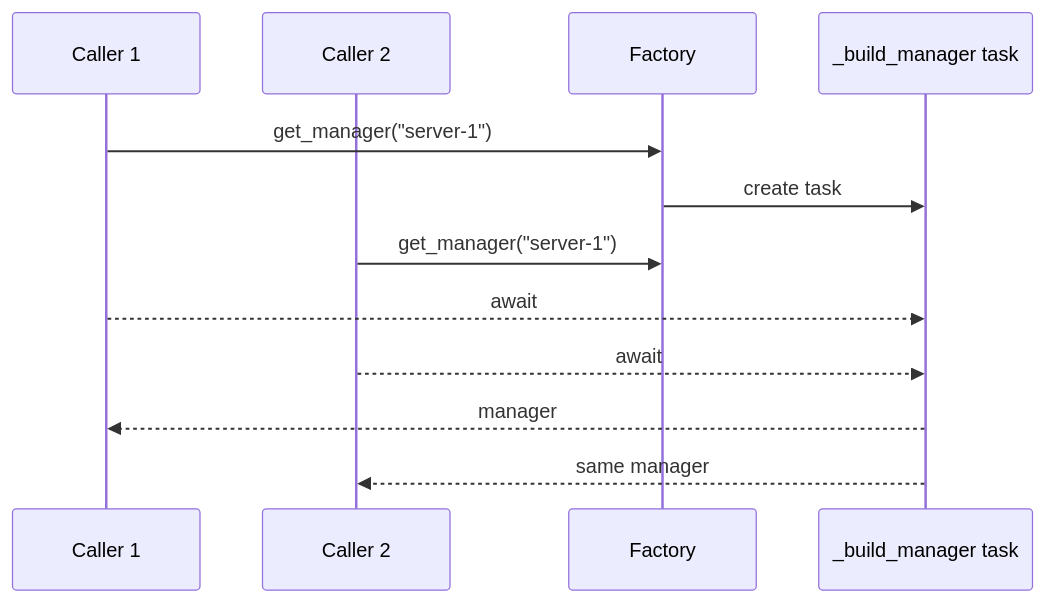
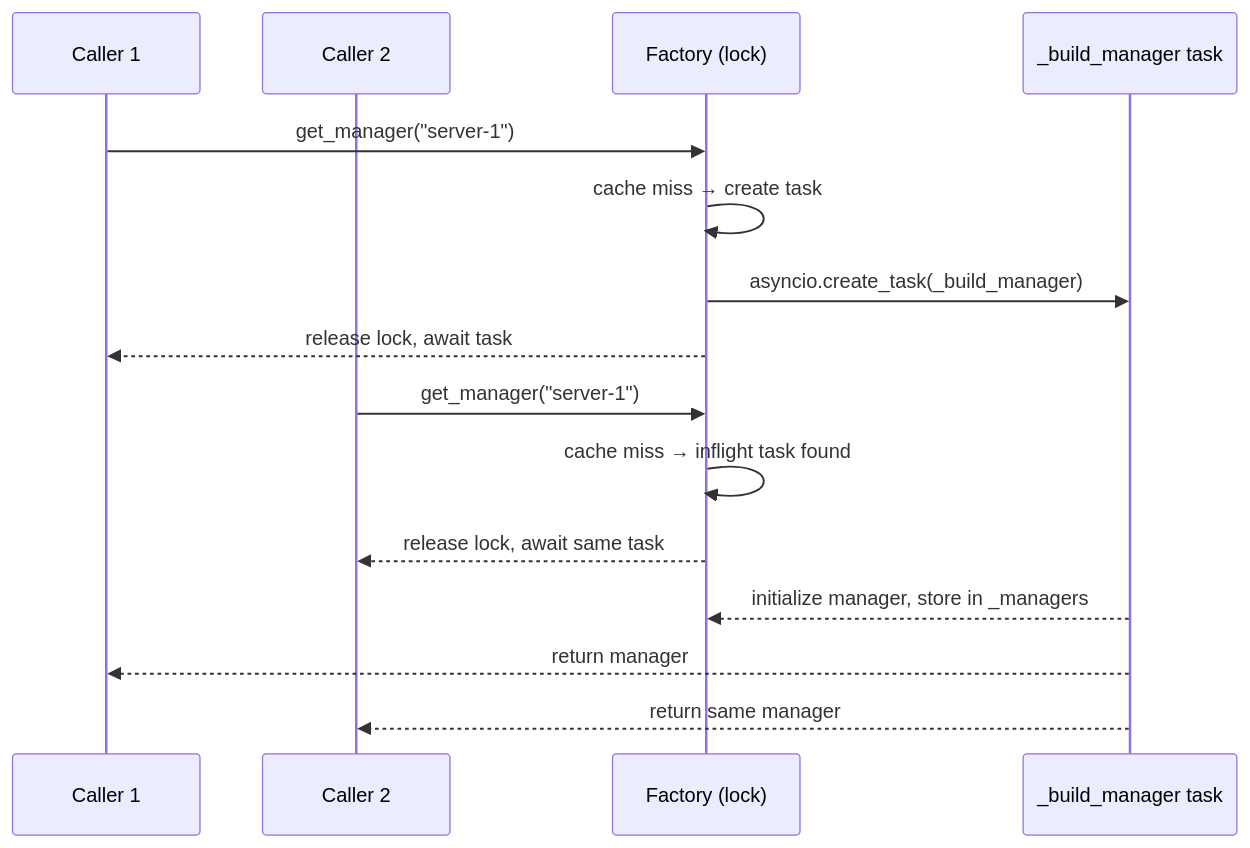
The fourth of 4 diagrams in docs/architecture-plugin-multi-tenancy.md (brian-hussey/mcp-context-forge), drawn with Mermaid before and after one commit. The commit also changed other lines of this file and 5 other files, not shown here.

Commit message:
Update architecture, linted and secrets

````diff
--- a/docs/architecture-plugin-multi-tenancy.md
+++ b/docs/architecture-plugin-multi-tenancy.md
@@ -175,15 +239,18 @@
 ```mermaid
 sequenceDiagram
     participant C1 as Caller 1
     participant C2 as Caller 2
-    participant F as Factory
+    participant F as Factory (lock)
     participant T as _build_manager task
 
     C1->>F: get_manager("server-1")
-    F->>T: create task
+    F->>F: cache miss → create task
+    F->>T: asyncio.create_task(_build_manager)
+    F-->>C1: release lock, await task
     C2->>F: get_manager("server-1")
-    C1-->>T: await
-    C2-->>T: await
-    T-->>C1: manager
-    T-->>C2: same manager
+    F->>F: cache miss → inflight task found
+    F-->>C2: release lock, await same task
+    T-->>F: initialize manager, store in _managers
+    T-->>C1: return manager
+    T-->>C2: return same manager
 ```
````
